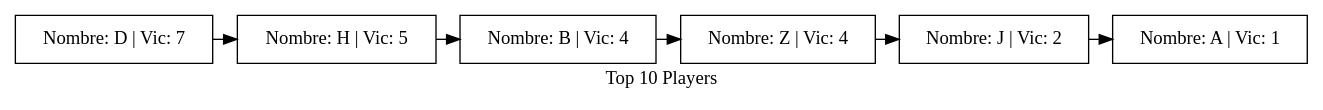
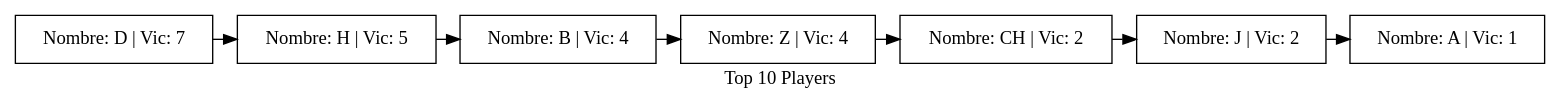
Before and after one commit to ricardcutzh/EDD_Junio: the diagram in Proyectos/Proyecto1/build-Ajedrez3D-Desktop_Qt_5_9_0_MinGW_32bit-Debug/TopPlayers.dot, drawn with Graphviz. The commit also changed 34 other files, not shown here.

```diff
--- a/Proyectos/Proyecto1/build-Ajedrez3D-Desktop_Qt_5_9_0_MinGW_32bit-Debug/TopPlayers.dot
+++ b/Proyectos/Proyecto1/build-Ajedrez3D-Desktop_Qt_5_9_0_MinGW_32bit-Debug/TopPlayers.dot
@@ -1,11 +1,12 @@
 digraph top{
 node [shape=box];
 label="Top 10 Players ";
 "Nombre: D | Vic: 7"->"Nombre: H | Vic: 5";
 "Nombre: H | Vic: 5"->"Nombre: B | Vic: 4";
 "Nombre: B | Vic: 4"->"Nombre: Z | Vic: 4";
-"Nombre: Z | Vic: 4"->"Nombre: J | Vic: 2";
+"Nombre: Z | Vic: 4"->"Nombre: CH | Vic: 2";
+"Nombre: CH | Vic: 2"->"Nombre: J | Vic: 2";
 "Nombre: J | Vic: 2"->"Nombre: A | Vic: 1";
 "Nombre: A | Vic: 1";
-{rank=same;"Nombre: D | Vic: 7";"Nombre: H | Vic: 5";"Nombre: B | Vic: 4";"Nombre: Z | Vic: 4";"Nombre: J | Vic: 2";"Nombre: A | Vic: 1";}
+{rank=same;"Nombre: D | Vic: 7";"Nombre: H | Vic: 5";"Nombre: B | Vic: 4";"Nombre: Z | Vic: 4";"Nombre: CH | Vic: 2";"Nombre: J | Vic: 2";"Nombre: A | Vic: 1";}
 }
```
